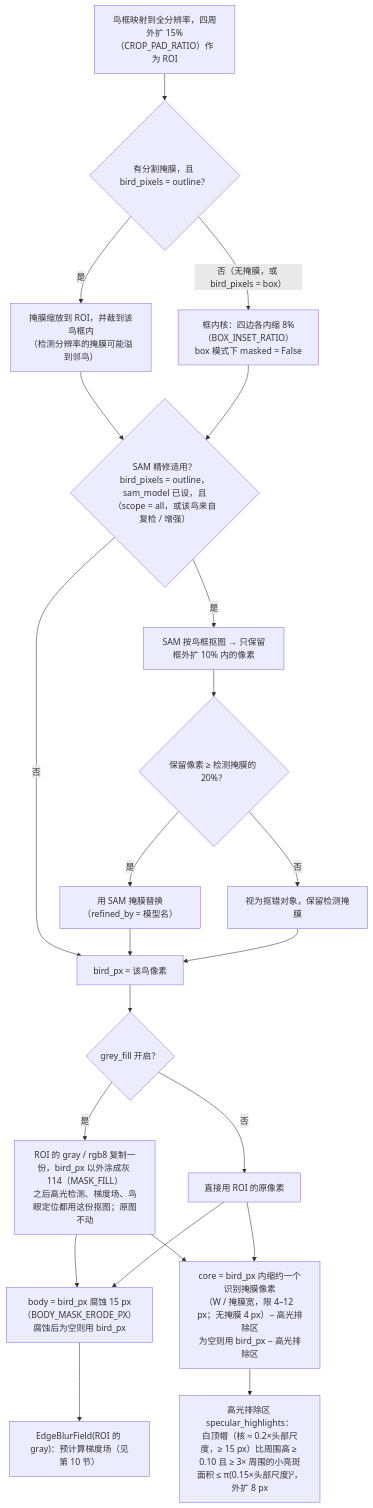
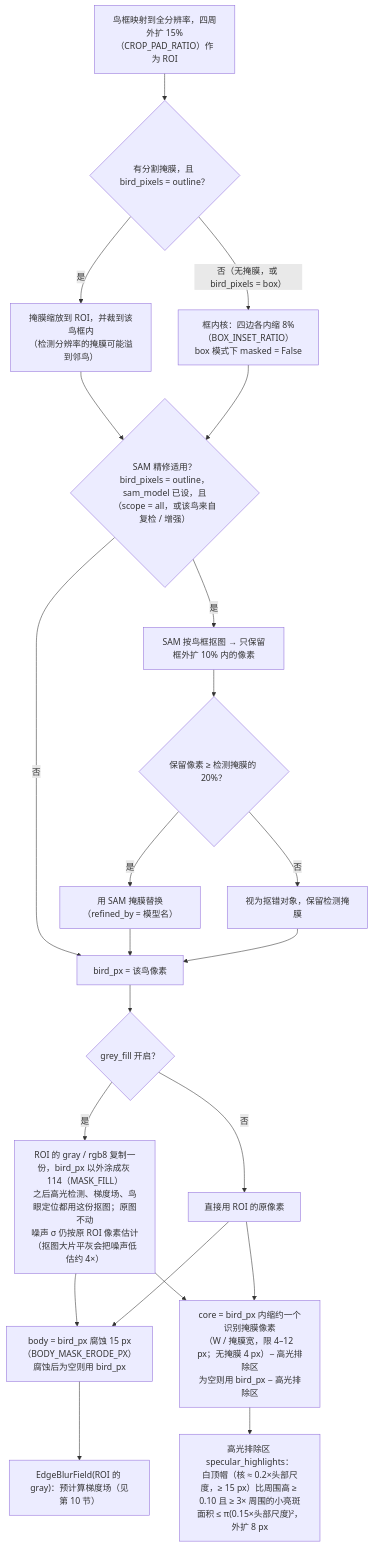
One commit to OscarKing888/SuperBirdTools changed the seventh of 17 diagrams in docs/bird_sharpness_flowchart.md. Above: the diagram before and after it, drawn with Mermaid. The commit also changed 4 other files, not shown here.

````diff
--- a/docs/bird_sharpness_flowchart.md
+++ b/docs/bird_sharpness_flowchart.md
@@ -204,26 +204,26 @@
 ```mermaid
 flowchart TD
     A["鸟框映射到全分辨率，四周外扩 15%（CROP_PAD_RATIO）作为 ROI"] --> B{"有分割掩膜，且 bird_pixels = outline？"}
     B -->|是| C["掩膜缩放到 ROI，并裁到该鸟框内<br/>（检测分辨率的掩膜可能溢到邻鸟）"]
     B -->|否（无掩膜，或 bird_pixels = box）| D["框内核：四边各内缩 8%（BOX_INSET_RATIO）<br/>box 模式下 masked = False"]
     C --> E{"SAM 精修适用？<br/>bird_pixels = outline，sam_model 已设，且（scope = all，或该鸟来自复检 / 增强）"}
     D --> E
     E -->|是| F["SAM 按鸟框抠图 → 只保留框外扩 10% 内的像素"]
     F --> G{"保留像素 ≥ 检测掩膜的 20%？"}
     G -->|是| H["用 SAM 掩膜替换（refined_by = 模型名）"]
     G -->|否| I["视为抠错对象，保留检测掩膜"]
     E -->|否| J
     H --> J["bird_px = 该鸟像素"]
     I --> J
     J --> GF{"grey_fill 开启？"}
-    GF -->|是| GF1["ROI 的 gray / rgb8 复制一份，bird_px 以外涂成灰 114（MASK_FILL）<br/>之后高光检测、梯度场、鸟眼定位都用这份抠图；原图不动"]
+    GF -->|是| GF1["ROI 的 gray / rgb8 复制一份，bird_px 以外涂成灰 114（MASK_FILL）<br/>之后高光检测、梯度场、鸟眼定位都用这份抠图；原图不动<br/>噪声 σ 仍按原 ROI 像素估计（抠图大片平灰会把噪声低估约 4×）"]
     GF -->|否| GF2["直接用 ROI 的原像素"]
     GF1 --> K
     GF2 --> K
     GF1 --> K2
     GF2 --> K2
     K["body = bird_px 腐蚀 15 px（BODY_MASK_ERODE_PX）<br/>腐蚀后为空则用 bird_px"]
     K2["core = bird_px 内缩约一个识别掩膜像素<br/>（W / 掩膜宽，限 4–12 px；无掩膜 4 px）− 高光排除区<br/>为空则用 bird_px − 高光排除区"]
     K2 --> K3["高光排除区 specular_highlights：<br/>白顶帽（核 ≈ 0.2×头部尺度，≥ 15 px）比周围高 ≥ 0.10 且 ≥ 3× 周围的小亮斑<br/>面积 ≤ π(0.15×头部尺度)²，外扩 8 px"]
     K --> L["EdgeBlurField(ROI 的 gray)：预计算梯度场（见第 10 节）"]
 ```
````
